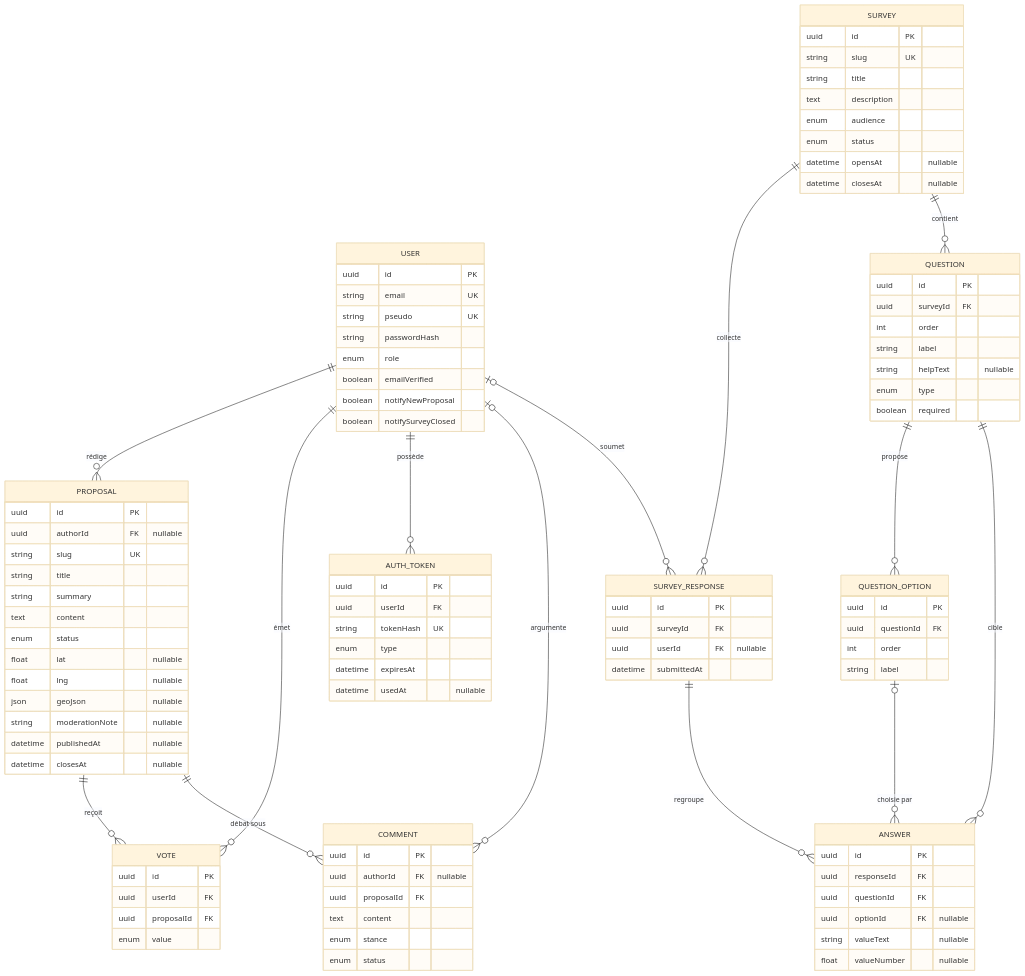
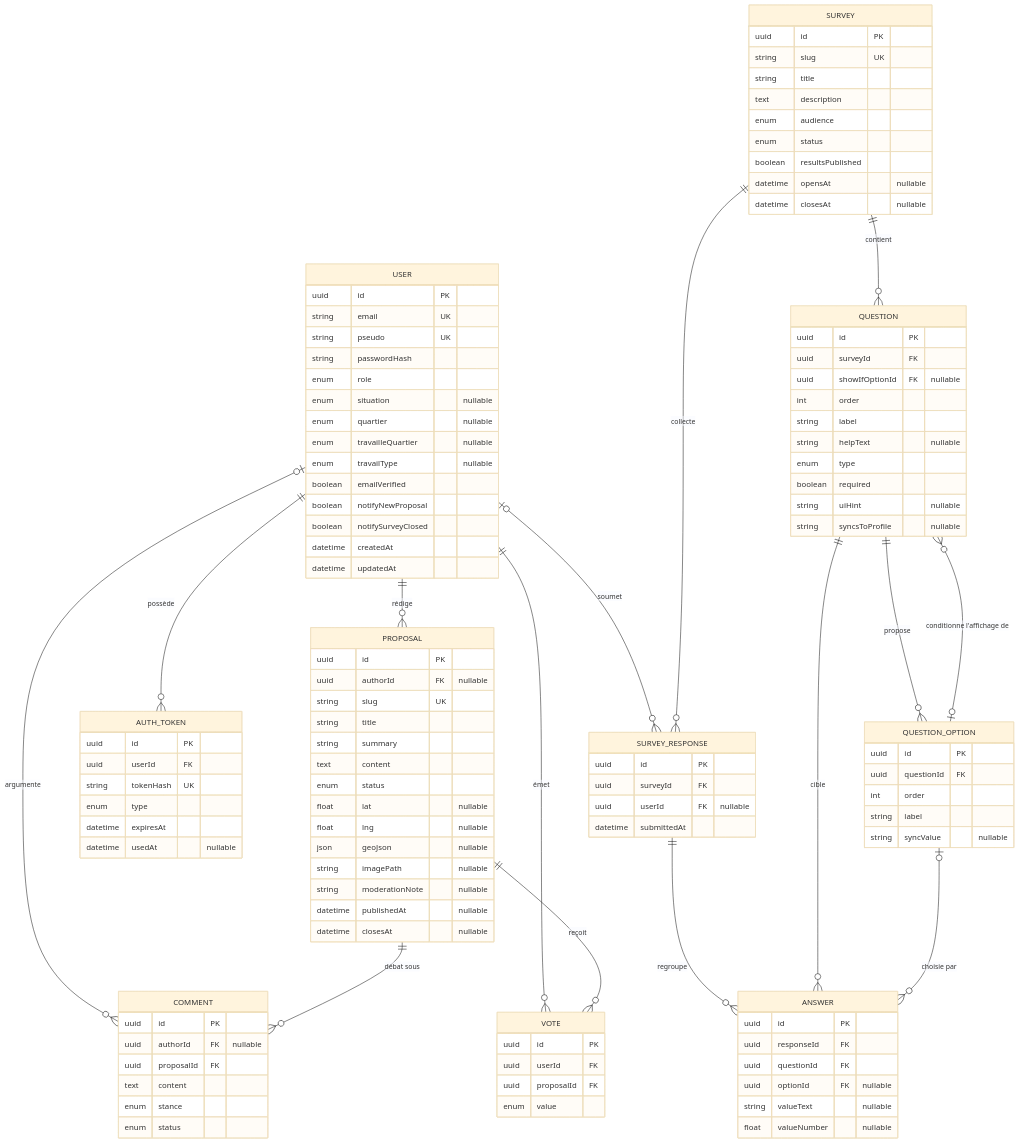
Before and after one commit to Nathalie-Leduc/Senlis-Participatif-docs: the diagram in 02-diagramme-erd.md, drawn with Mermaid (base theme). The commit also changed other lines of this file and 28 other files, not shown here.

```diff
--- a/02-diagramme-erd.md
+++ b/02-diagramme-erd.md
@@ -15,6 +17,7 @@
     SURVEY ||--o{ SURVEY_RESPONSE : "collecte"
     SURVEY ||--o{ QUESTION : "contient"
     QUESTION ||--o{ QUESTION_OPTION : "propose"
+    QUESTION_OPTION |o--o{ QUESTION : "conditionne l'affichage de"
     SURVEY_RESPONSE ||--o{ ANSWER : "regroupe"
     QUESTION ||--o{ ANSWER : "cible"
     QUESTION_OPTION |o--o{ ANSWER : "choisie par"
@@ -25,9 +28,15 @@
         string pseudo UK
         string passwordHash
         enum role
+        enum situation "nullable"
+        enum quartier "nullable"
+        enum travailleQuartier "nullable"
+        enum travailType "nullable"
         boolean emailVerified
         boolean notifyNewProposal
         boolean notifySurveyClosed
+        datetime createdAt
+        datetime updatedAt
     }
     AUTH_TOKEN {
         uuid id PK
@@ -48,6 +57,7 @@
         float lat "nullable"
         float lng "nullable"
         json geoJson "nullable"
+        string imagePath "nullable"
         string moderationNote "nullable"
         datetime publishedAt "nullable"
         datetime closesAt "nullable"
@@ -73,23 +83,28 @@
         text description
         enum audience
         enum status
+        boolean resultsPublished
         datetime opensAt "nullable"
         datetime closesAt "nullable"
     }
     QUESTION {
         uuid id PK
         uuid surveyId FK
+        uuid showIfOptionId FK "nullable"
         int order
         string label
         string helpText "nullable"
         enum type
         boolean required
+        string uiHint "nullable"
+        string syncsToProfile "nullable"
     }
     QUESTION_OPTION {
         uuid id PK
         uuid questionId FK
         int order
         string label
+        string syncValue "nullable"
     }
     SURVEY_RESPONSE {
         uuid id PK
```
